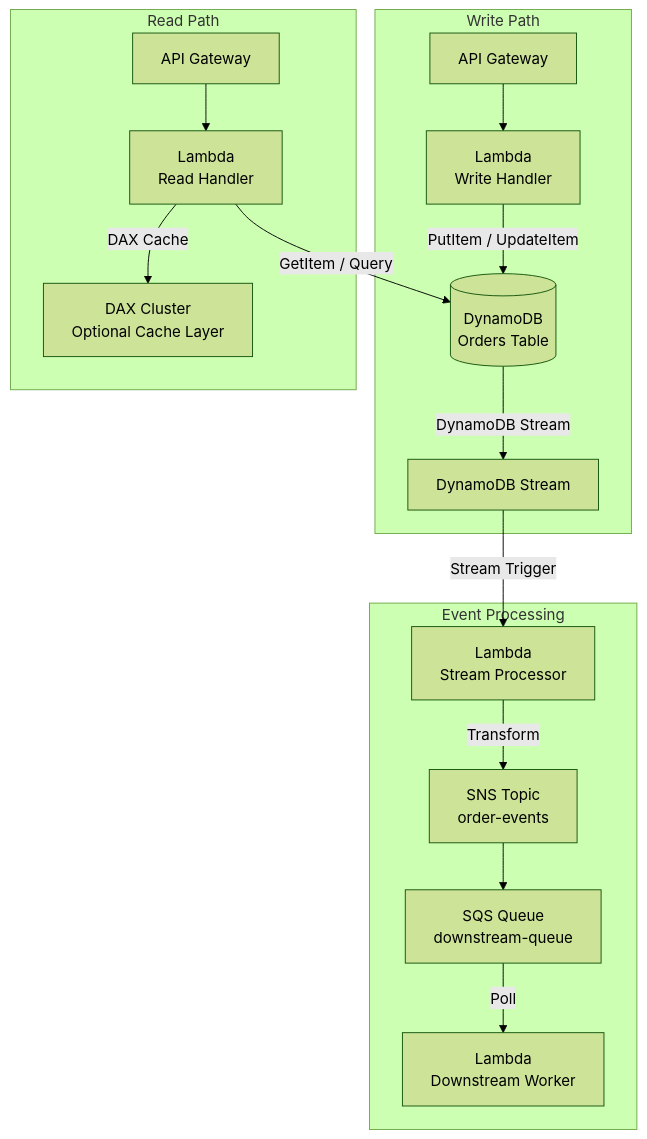
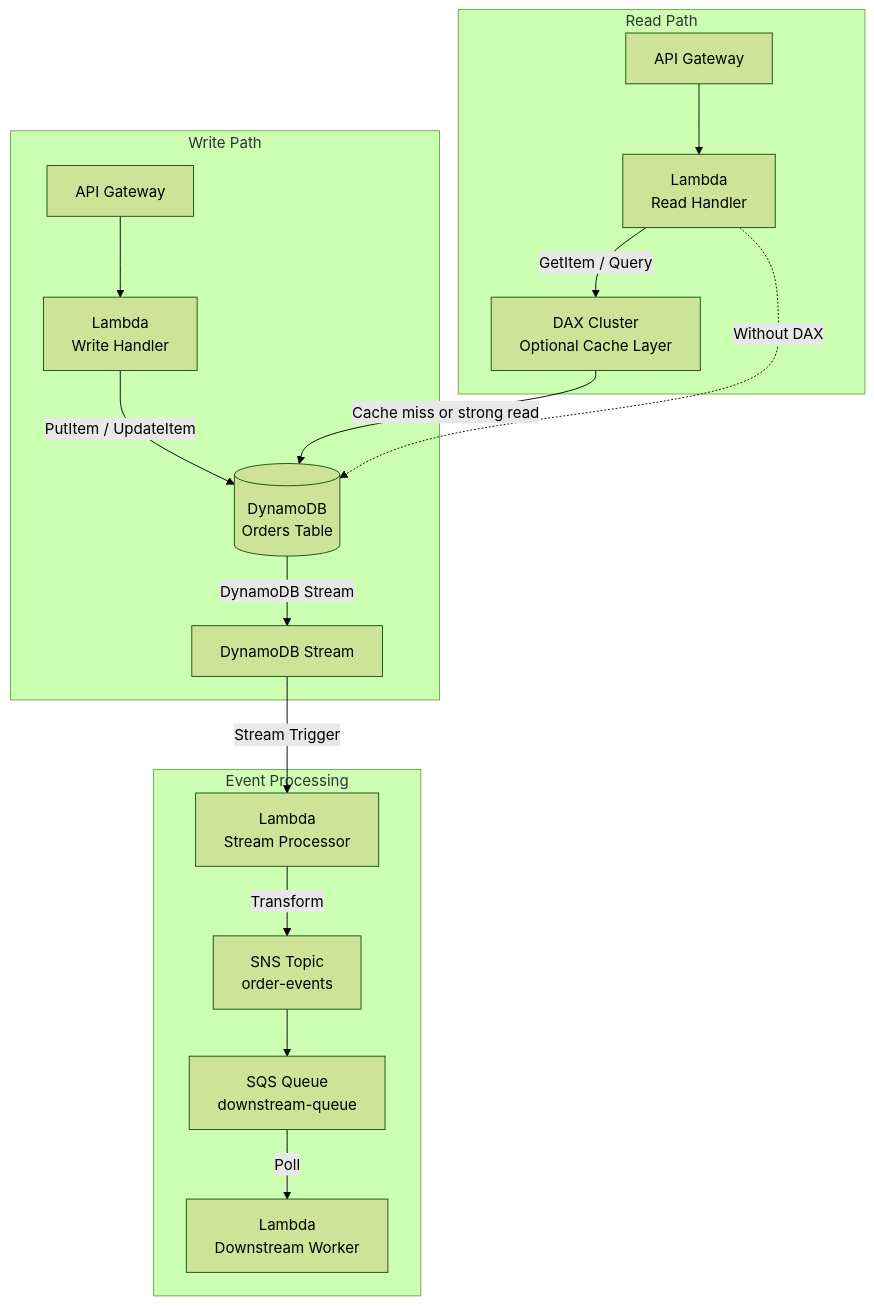
Before and after one commit to AlexanderBesss/AWS_best_praactices: the first of 7 diagrams in Design/05-database-integration-patterns.md, drawn with Mermaid (forest theme). The commit also changed other lines of this file and 31 other files, not shown here.

````diff
--- a/Design/05-database-integration-patterns.md
+++ b/Design/05-database-integration-patterns.md
@@ -45,21 +45,22 @@
 ```mermaid
 graph TB
     subgraph "Write Path"
         A[API Gateway] --> B[Lambda<br/>Write Handler]
         B -->|PutItem / UpdateItem| C[(DynamoDB<br/>Orders Table)]
         C -->|DynamoDB Stream| D[DynamoDB Stream]
     end
     
     subgraph "Read Path"
         E[API Gateway] --> F[Lambda<br/>Read Handler]
-        F -->|GetItem / Query| C
-        F -->|DAX Cache| G[DAX Cluster<br/>Optional Cache Layer]
+        F -->|GetItem / Query| G[DAX Cluster<br/>Optional Cache Layer]
+        G -->|Cache miss or strong read| C
+        F -.->|Without DAX| C
     end
     
     subgraph "Event Processing"
         D -->|Stream Trigger| H[Lambda<br/>Stream Processor]
         H -->|Transform| I[SNS Topic<br/>order-events]
         I --> J[SQS Queue<br/>downstream-queue]
         J -->|Poll| K[Lambda<br/>Downstream Worker]
     end
 ```
````
